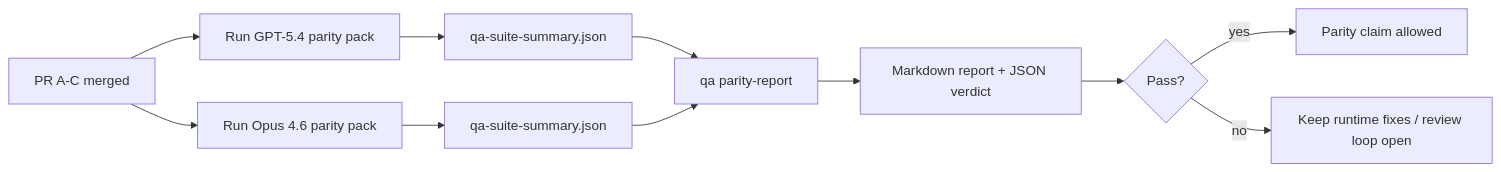
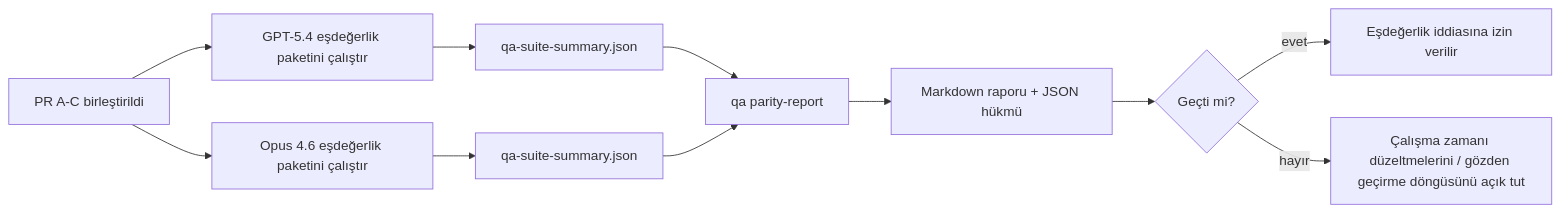
The diagram in docs/tr/help/gpt54-codex-agentic-parity-maintainers.md (openclaw/docs), drawn with Mermaid before and after one commit. The commit also changed other lines of this file and 440 other files, not shown here.

````diff
--- a/docs/tr/help/gpt54-codex-agentic-parity-maintainers.md
+++ b/docs/tr/help/gpt54-codex-agentic-parity-maintainers.md
@@ -142,13 +140,13 @@
 ```mermaid
 flowchart LR
-    A["PR A-C merged"] --> B["Run GPT-5.4 parity pack"]
-    A --> C["Run Opus 4.6 parity pack"]
+    A["PR A-C birleştirildi"] --> B["GPT-5.4 eşdeğerlik paketini çalıştır"]
+    A --> C["Opus 4.6 eşdeğerlik paketini çalıştır"]
     B --> D["qa-suite-summary.json"]
     C --> E["qa-suite-summary.json"]
     D --> F["qa parity-report"]
     E --> F
-    F --> G["Markdown report + JSON verdict"]
-    G --> H{"Pass?"}
-    H -- "yes" --> I["Parity claim allowed"]
-    H -- "no" --> J["Keep runtime fixes / review loop open"]
+    F --> G["Markdown raporu + JSON hükmü"]
+    G --> H{"Geçti mi?"}
+    H -- "evet" --> I["Eşdeğerlik iddiasına izin verilir"]
+    H -- "hayır" --> J["Çalışma zamanı düzeltmelerini / gözden geçirme döngüsünü açık tut"]
 ```
````
